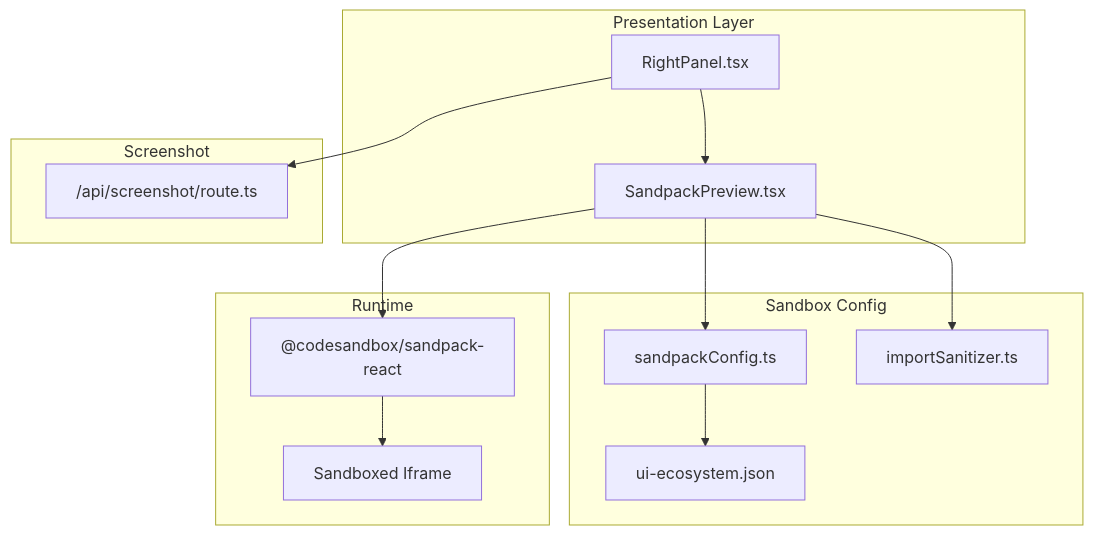
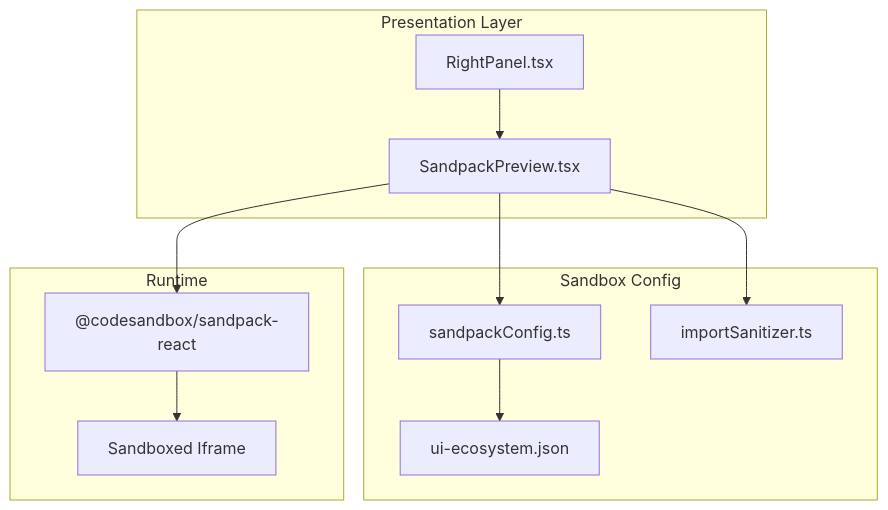
The first of 5 diagrams in .qoder/repowiki/en/content/Architecture & Design/Layered Architecture/Integration Layer/Live Preview Integration.md (shekhargiri005-dotcom/AI-powered-accessibility-first-UI-engine), drawn with Mermaid before and after one commit. The commit also changed other lines of this file and 71 other files, not shown here.

````diff
--- a/.qoder/repowiki/en/content/Architecture & Design/Layered Architecture/Integration Layer/Live Preview Integration.md
+++ b/.qoder/repowiki/en/content/Architecture & Design/Layered Architecture/Integration Layer/Live Preview Integration.md
@@ -35,26 +42,22 @@
 ```mermaid
 graph TB
 subgraph "Presentation Layer"
 SP["SandpackPreview.tsx"]
 RP["RightPanel.tsx"]
 end
 subgraph "Sandbox Config"
 CFG["sandpackConfig.ts"]
 SAN["importSanitizer.ts"]
 ECO["ui-ecosystem.json"]
 end
 subgraph "Runtime"
 SB["@codesandbox/sandpack-react"]
 IF["Sandboxed Iframe"]
 end
-subgraph "Screenshot"
-API["/api/screenshot/route.ts"]
-end
 SP --> CFG
 SP --> SAN
 CFG --> ECO
 SP --> SB
 SB --> IF
 RP --> SP
-RP --> API
 ```
````
